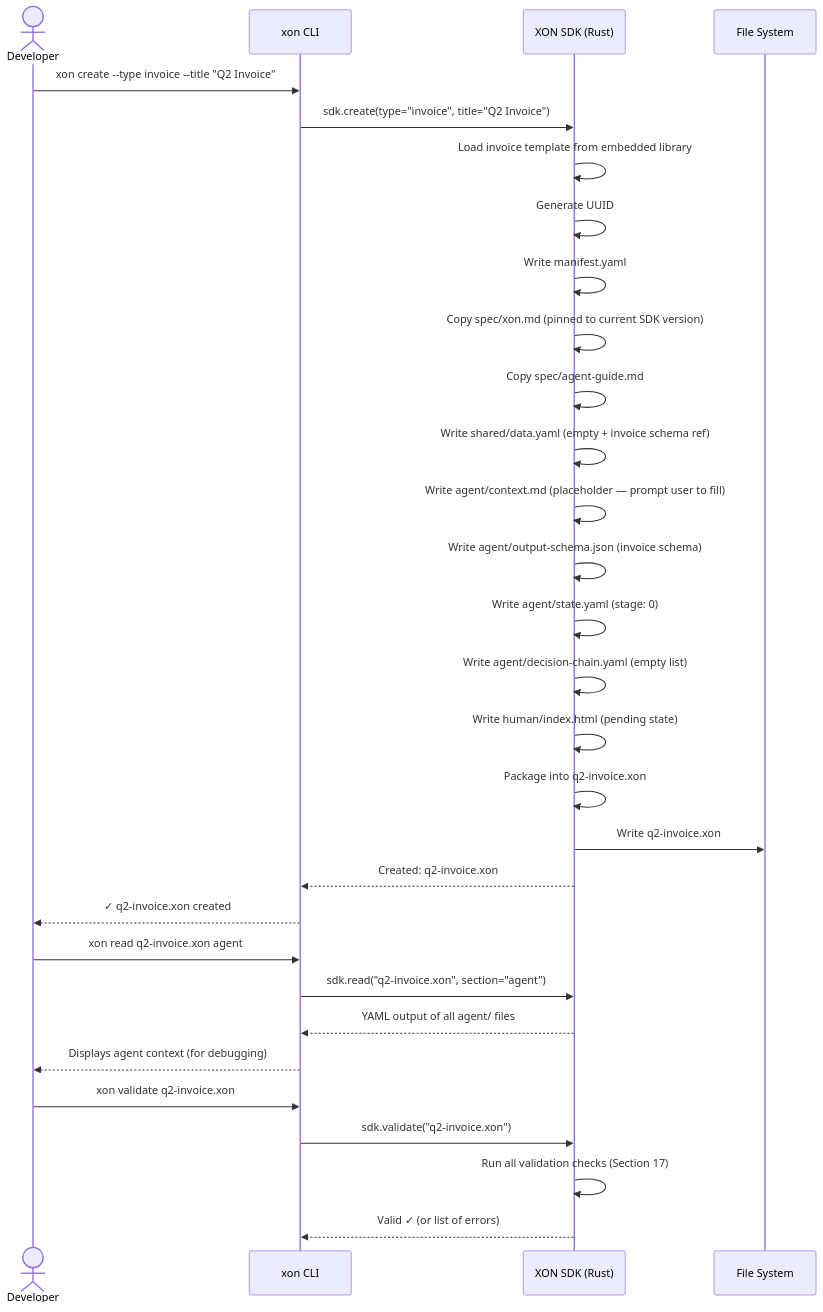
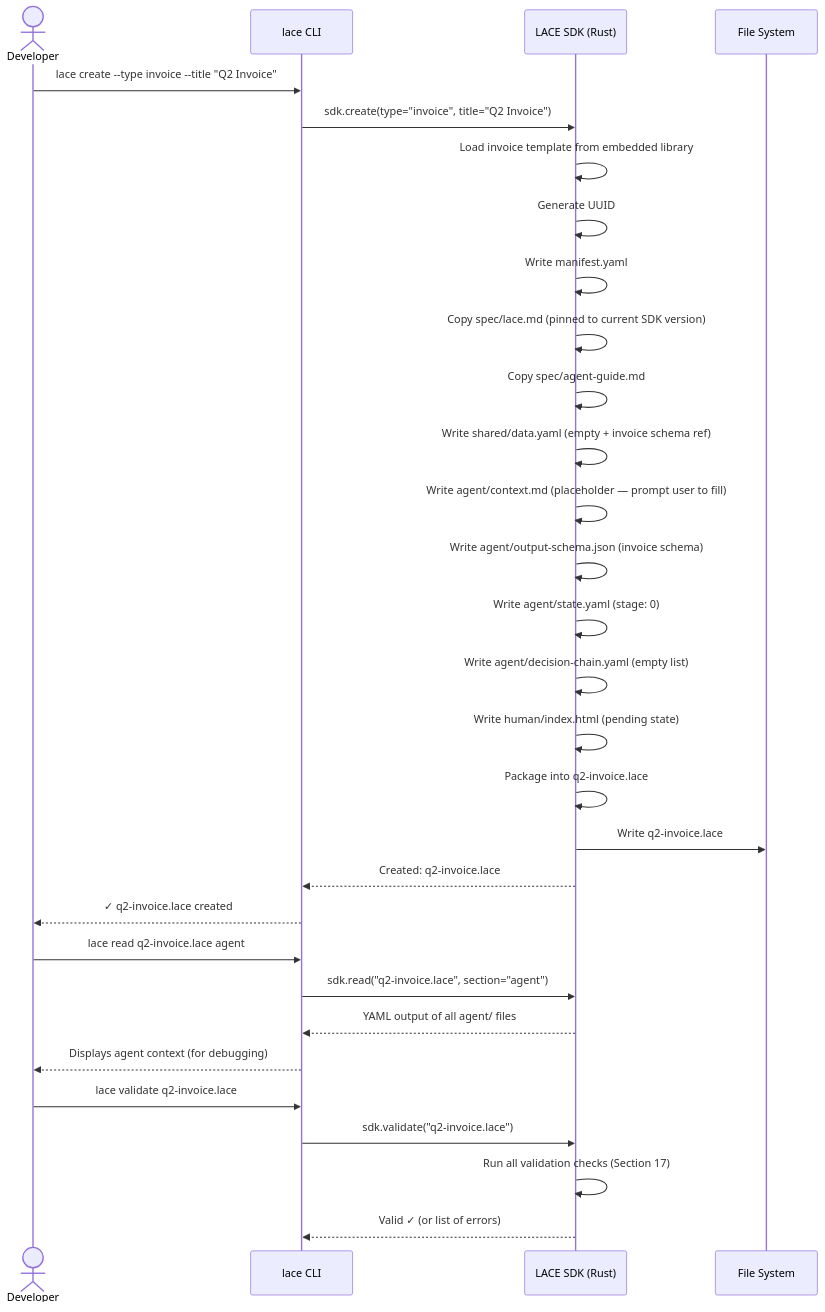
Before and after one commit to batunii/napkin-os: the eighth of 8 diagrams in SEQUENCE-DIAGRAMS.md, drawn with Mermaid. The commit also changed other lines of this file and 7 other files, not shown here.

First line of the commit message:
Rename XON → LACE throughout

````diff
--- a/SEQUENCE-DIAGRAMS.md
+++ b/SEQUENCE-DIAGRAMS.md
@@ -371,37 +371,37 @@
 ```mermaid
 sequenceDiagram
     actor Dev as Developer
-    participant CLI as xon CLI
-    participant SDK as XON SDK (Rust)
+    participant CLI as lace CLI
+    participant SDK as LACE SDK (Rust)
     participant FS as File System
 
-    Dev->>CLI: xon create --type invoice --title "Q2 Invoice"
+    Dev->>CLI: lace create --type invoice --title "Q2 Invoice"
 
     CLI->>SDK: sdk.create(type="invoice", title="Q2 Invoice")
     SDK->>SDK: Load invoice template from embedded library
     SDK->>SDK: Generate UUID
     SDK->>SDK: Write manifest.yaml
-    SDK->>SDK: Copy spec/xon.md (pinned to current SDK version)
+    SDK->>SDK: Copy spec/lace.md (pinned to current SDK version)
     SDK->>SDK: Copy spec/agent-guide.md
     SDK->>SDK: Write shared/data.yaml (empty + invoice schema ref)
     SDK->>SDK: Write agent/context.md (placeholder — prompt user to fill)
     SDK->>SDK: Write agent/output-schema.json (invoice schema)
     SDK->>SDK: Write agent/state.yaml (stage: 0)
     SDK->>SDK: Write agent/decision-chain.yaml (empty list)
     SDK->>SDK: Write human/index.html (pending state)
-    SDK->>SDK: Package into q2-invoice.xon
+    SDK->>SDK: Package into q2-invoice.lace
 
-    SDK->>FS: Write q2-invoice.xon
-    SDK-->>CLI: Created: q2-invoice.xon
+    SDK->>FS: Write q2-invoice.lace
+    SDK-->>CLI: Created: q2-invoice.lace
 
-    CLI-->>Dev: ✓ q2-invoice.xon created
-    Dev->>CLI: xon read q2-invoice.xon agent
-    CLI->>SDK: sdk.read("q2-invoice.xon", section="agent")
+    CLI-->>Dev: ✓ q2-invoice.lace created
+    Dev->>CLI: lace read q2-invoice.lace agent
+    CLI->>SDK: sdk.read("q2-invoice.lace", section="agent")
     SDK-->>CLI: YAML output of all agent/ files
     CLI-->>Dev: Displays agent context (for debugging)
 
-    Dev->>CLI: xon validate q2-invoice.xon
-    CLI->>SDK: sdk.validate("q2-invoice.xon")
+    Dev->>CLI: lace validate q2-invoice.lace
+    CLI->>SDK: sdk.validate("q2-invoice.lace")
     SDK->>SDK: Run all validation checks (Section 17)
     SDK-->>CLI: Valid ✓ (or list of errors)
 ```
````
